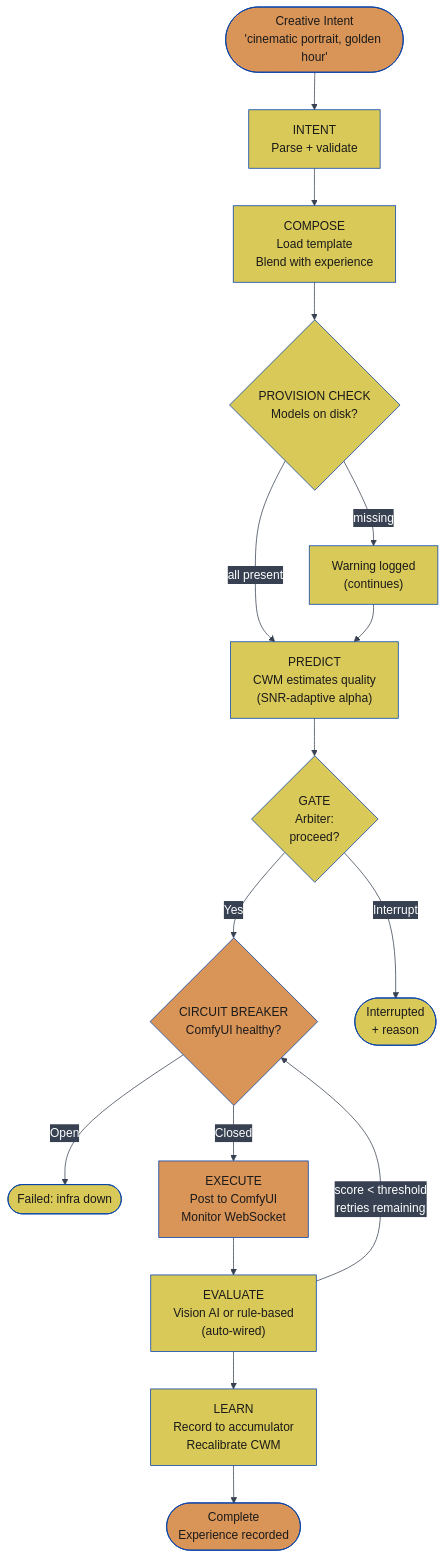
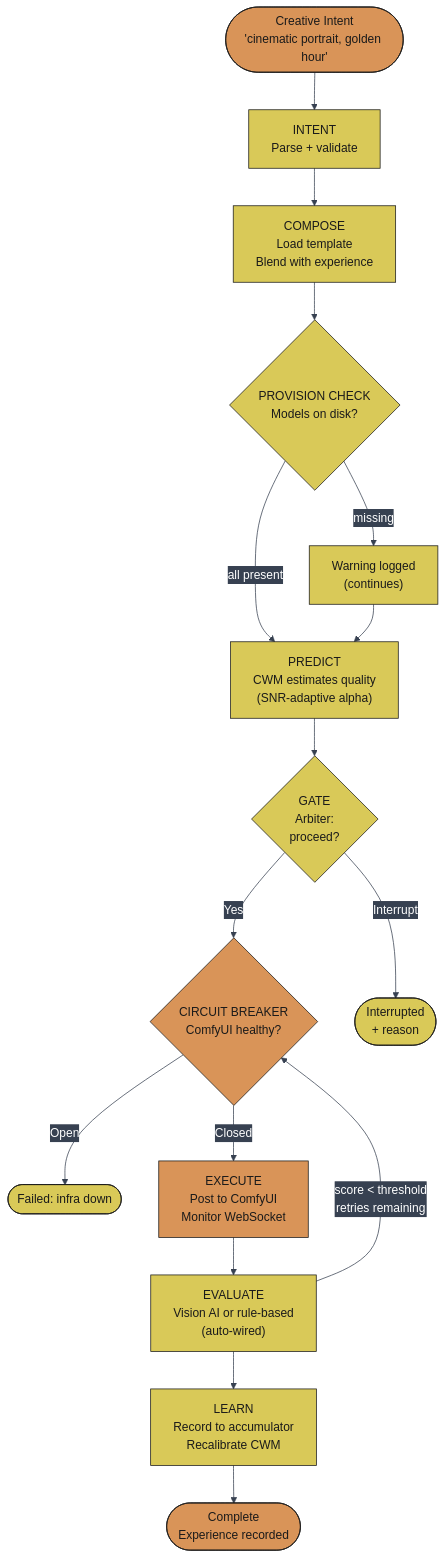
The tenth of 27 diagrams in README.md (JosephOIbrahim/Comfy-Cozy), drawn with Mermaid before and after one commit. The commit also changed other lines of this file, not shown here.

First line of the commit message:
[DOCS] Convert mermaid styling to classDef for reliable GitHub rendering

````diff
--- a/README.md
+++ b/README.md
@@ -613,34 +592,24 @@
 ```mermaid
 %%{init: {'theme':'base','themeVariables': {'primaryColor':'#0066FF','primaryTextColor':'#ffffff','primaryBorderColor':'#003eaa','lineColor':'#374151','secondaryColor':'#374151','tertiaryColor':'#1f2937','fontFamily':'monospace'}}}%%
 flowchart TD
     You(["Creative Intent<br/>'cinematic portrait, golden hour'"]) --> INTENT["INTENT<br/>Parse + validate"]
     INTENT --> COMPOSE["COMPOSE<br/>Load template<br/>Blend with experience"]
     COMPOSE --> PROVISION{"PROVISION CHECK<br/>Models on disk?"}
     PROVISION -->|"missing"| WARN["Warning logged<br/>(continues)"]
     PROVISION -->|"all present"| PREDICT
     WARN --> PREDICT["PREDICT<br/>CWM estimates quality<br/>(SNR-adaptive alpha)"]
     PREDICT --> GATE{"GATE<br/>Arbiter:<br/>proceed?"}
     GATE -->|Yes| CB{"CIRCUIT BREAKER<br/>ComfyUI healthy?"}
     GATE -->|Interrupt| STOP(["Interrupted<br/>+ reason"])
     CB -->|Open| FAIL(["Failed: infra down"])
     CB -->|Closed| EXECUTE["EXECUTE<br/>Post to ComfyUI<br/>Monitor WebSocket"]
     EXECUTE --> EVALUATE["EVALUATE<br/>Vision AI or rule-based<br/>(auto-wired)"]
     EVALUATE --> LEARN["LEARN<br/>Record to accumulator<br/>Recalibrate CWM"]
     LEARN --> DONE(["Complete<br/>Experience recorded"])
     EVALUATE -->|"score < threshold<br/>retries remaining"| CB
 
-    style You fill:#d99458,color:#1a1a1a
-    style GATE fill:#d9c958,color:#1a1a1a
-    style CB fill:#d99458,color:#1a1a1a
-    style EXECUTE fill:#d99458,color:#1a1a1a
-    style EVALUATE fill:#d9c958,color:#1a1a1a
-    style LEARN fill:#d9c958,color:#1a1a1a
-    style DONE fill:#d99458,color:#1a1a1a
-    style STOP fill:#d9c958,color:#1a1a1a
-    style FAIL fill:#d9c958,color:#1a1a1a
-    style PROVISION fill:#d9c958,color:#1a1a1a
-    style INTENT fill:#d9c958,color:#1a1a1a
-    style COMPOSE fill:#d9c958,color:#1a1a1a
-    style WARN fill:#d9c958,color:#1a1a1a
-    style PREDICT fill:#d9c958,color:#1a1a1a
+    classDef orange fill:#d99458,color:#1a1a1a,stroke:#1a1a1a
+    classDef yellow fill:#d9c958,color:#1a1a1a,stroke:#1a1a1a
+    class You,CB,EXECUTE,DONE orange
+    class GATE,EVALUATE,LEARN,STOP,FAIL,PROVISION,INTENT,COMPOSE,WARN,PREDICT yellow
 ```
````
